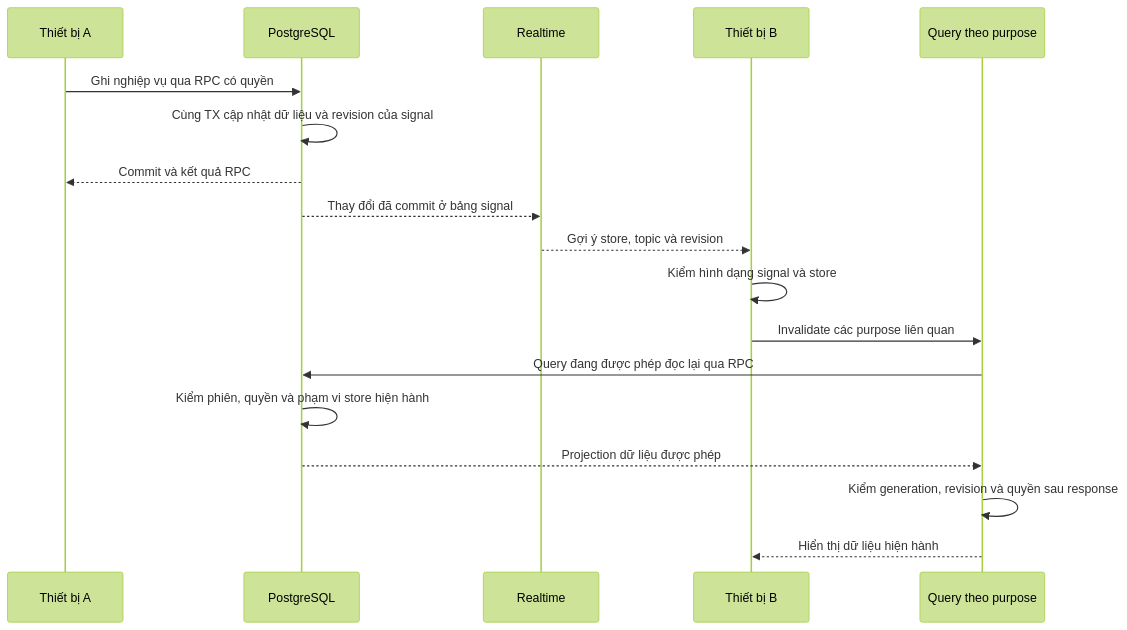
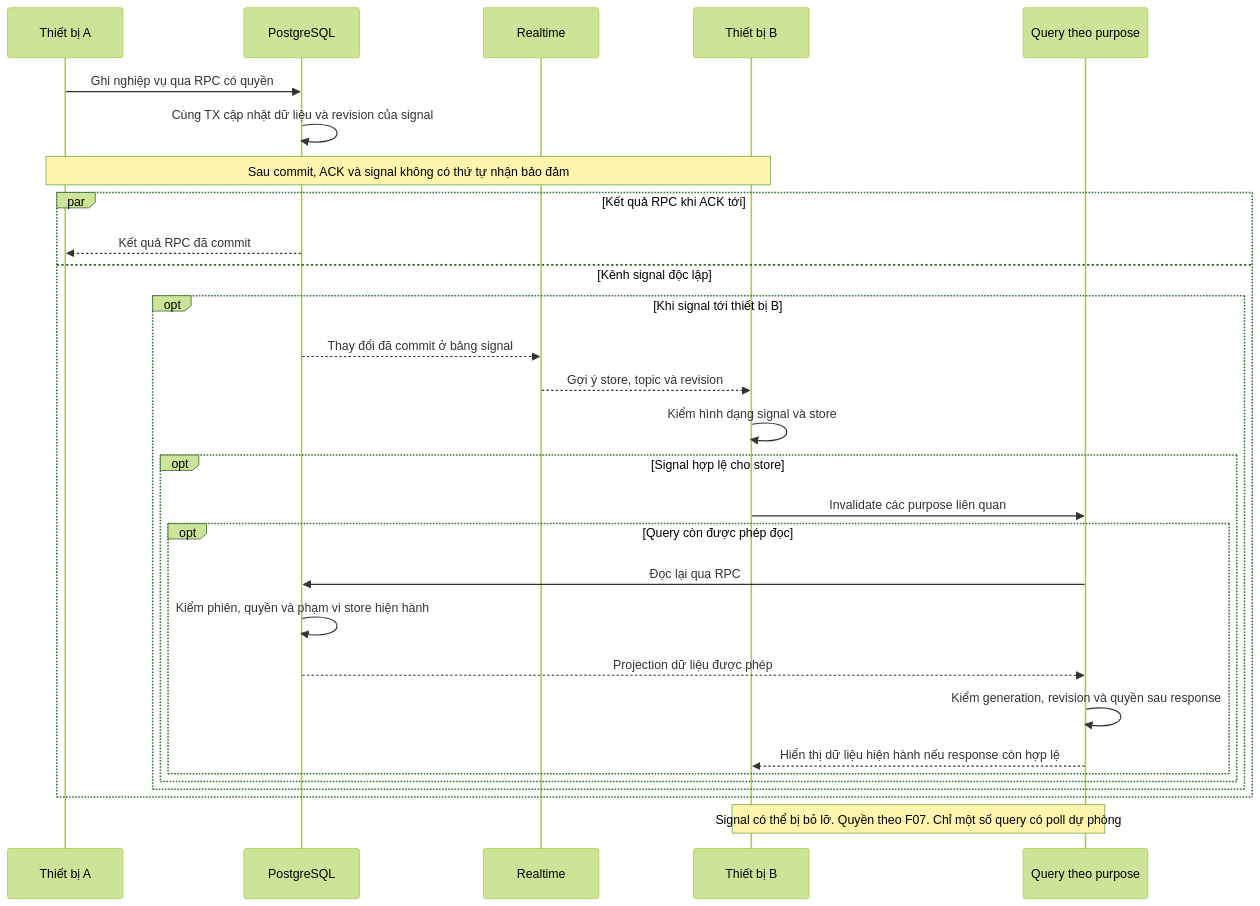
Before and after one commit to nguyentronglinh045/pos-cafe: the eighth of 8 diagrams in docs/critical-flows.md, drawn with Mermaid (forest theme). The commit also changed other lines of this file and 28 other files, not shown here.

Commit message:
docs: align flow diagrams with reviewed code

````diff
--- a/docs/critical-flows.md
+++ b/docs/critical-flows.md
@@ -324,20 +343,31 @@
 ```mermaid
 sequenceDiagram
     participant deviceA as Thiết bị A
     participant db as PostgreSQL
     participant realtime as Realtime
     participant deviceB as Thiết bị B
     participant cache as Query theo purpose
     deviceA->>db: Ghi nghiệp vụ qua RPC có quyền
     db->>db: Cùng TX cập nhật dữ liệu và revision của signal
-    db-->>deviceA: Commit và kết quả RPC
-    db-->>realtime: Thay đổi đã commit ở bảng signal
-    realtime-->>deviceB: Gợi ý store, topic và revision
-    deviceB->>deviceB: Kiểm hình dạng signal và store
-    deviceB->>cache: Invalidate các purpose liên quan
-    cache->>db: Query đang được phép đọc lại qua RPC
-    db->>db: Kiểm phiên, quyền và phạm vi store hiện hành
-    db-->>cache: Projection dữ liệu được phép
-    cache->>cache: Kiểm generation, revision và quyền sau response
-    cache-->>deviceB: Hiển thị dữ liệu hiện hành
+    Note over deviceA,deviceB: Sau commit, ACK và signal không có thứ tự nhận bảo đảm
+    par Kết quả RPC khi ACK tới
+        db-->>deviceA: Kết quả RPC đã commit
+    and Kênh signal độc lập
+        opt Khi signal tới thiết bị B
+            db-->>realtime: Thay đổi đã commit ở bảng signal
+            realtime-->>deviceB: Gợi ý store, topic và revision
+            deviceB->>deviceB: Kiểm hình dạng signal và store
+            opt Signal hợp lệ cho store
+                deviceB->>cache: Invalidate các purpose liên quan
+                opt Query còn được phép đọc
+                    cache->>db: Đọc lại qua RPC
+                    db->>db: Kiểm phiên, quyền và phạm vi store hiện hành
+                    db-->>cache: Projection dữ liệu được phép
+                    cache->>cache: Kiểm generation, revision và quyền sau response
+                    cache-->>deviceB: Hiển thị dữ liệu hiện hành nếu response còn hợp lệ
+                end
+            end
+        end
+    end
+    Note over deviceB,cache: Signal có thể bị bỏ lỡ. Quyền theo F07. Chỉ một số query có poll dự phòng
 ```
````
